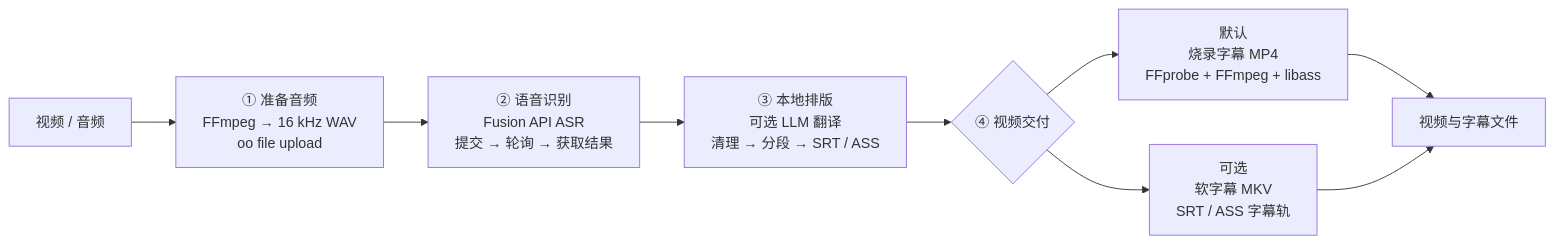
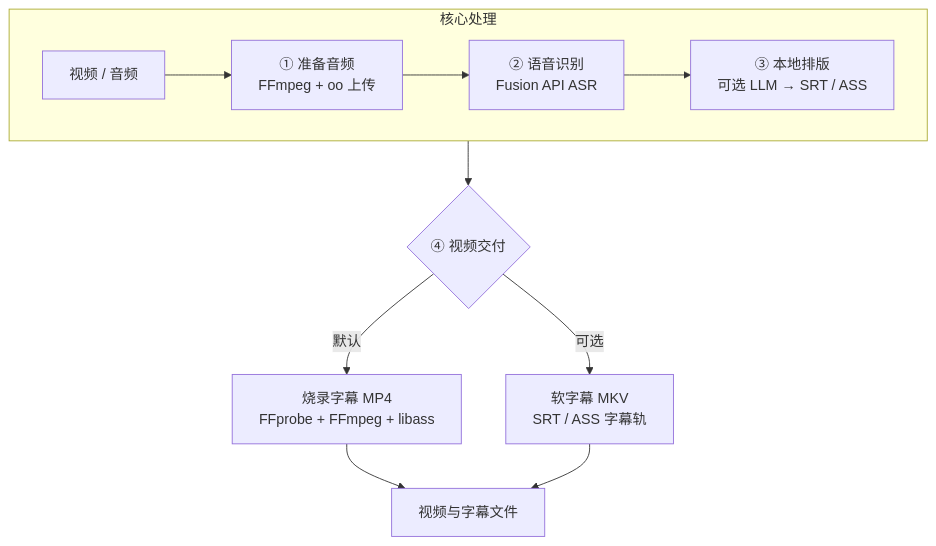
Before and after one commit to oomol-lab/video-subtitle-translator: the diagram in README.zh-CN.md, drawn with Mermaid. The commit also changed 1 other file, not shown here.

Commit message:
Fix README architecture layout

````diff
--- a/README.zh-CN.md
+++ b/README.zh-CN.md
@@ -23,15 +23,17 @@
 ```mermaid
-flowchart LR
-    INPUT["视频 / 音频"]
-    PREP["① 准备音频<br/>FFmpeg → 16 kHz WAV<br/>oo file upload"]
-    ASR["② 语音识别<br/>Fusion API ASR<br/>提交 → 轮询 → 获取结果"]
-    LOCAL["③ 本地排版<br/>可选 LLM 翻译<br/>清理 → 分段 → SRT / ASS"]
-    DELIVERY{"④ 视频交付"}
-    BURN["默认<br/>烧录字幕 MP4<br/>FFprobe + FFmpeg + libass"]
-    MKV["可选<br/>软字幕 MKV<br/>SRT / ASS 字幕轨"]
-    OUTPUT["视频与字幕文件"]
+flowchart TB
+    subgraph CORE["核心处理"]
+        direction LR
+        INPUT["视频 / 音频"]
+        PREP["① 准备音频<br/>FFmpeg + oo 上传"]
+        ASR["② 语音识别<br/>Fusion API ASR"]
+        LOCAL["③ 本地排版<br/>可选 LLM → SRT / ASS"]
+        INPUT --> PREP --> ASR --> LOCAL
+    end
 
-    INPUT --> PREP --> ASR --> LOCAL --> DELIVERY
-    DELIVERY --> BURN --> OUTPUT
-    DELIVERY --> MKV --> OUTPUT
+    LOCAL --> DELIVERY{"④ 视频交付"}
+    DELIVERY -->|"默认"| BURN["烧录字幕 MP4<br/>FFprobe + FFmpeg + libass"]
+    DELIVERY -->|"可选"| MKV["软字幕 MKV<br/>SRT / ASS 字幕轨"]
+    BURN --> OUTPUT["视频与字幕文件"]
+    MKV --> OUTPUT
 ```
````
